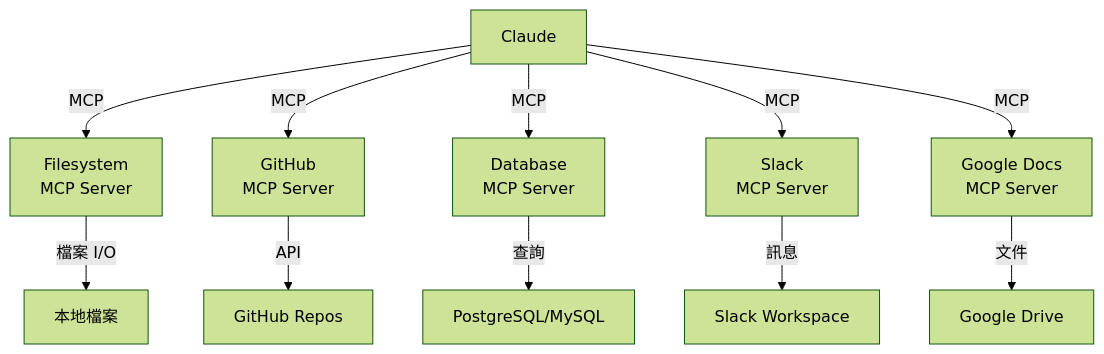
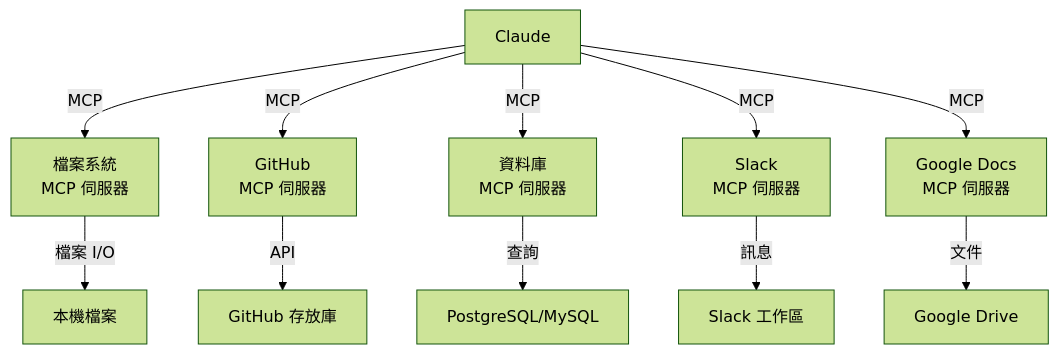
Before and after one commit to huckly/claude-howto-zh-tw: diagram 12 of 22 in claude_concepts_guide.md, drawn with Mermaid (forest theme). The commit also changed other lines of this file and 6 other files, not shown here.

````diff
--- a/claude_concepts_guide.md
+++ b/claude_concepts_guide.md
@@ -971,14 +960,14 @@
 ```mermaid
 graph TB
-    A["Claude"] -->|MCP| B["Filesystem<br/>MCP Server"]
-    A -->|MCP| C["GitHub<br/>MCP Server"]
-    A -->|MCP| D["Database<br/>MCP Server"]
-    A -->|MCP| E["Slack<br/>MCP Server"]
-    A -->|MCP| F["Google Docs<br/>MCP Server"]
+    A["Claude"] -->|MCP| B["檔案系統<br/>MCP 伺服器"]
+    A -->|MCP| C["GitHub<br/>MCP 伺服器"]
+    A -->|MCP| D["資料庫<br/>MCP 伺服器"]
+    A -->|MCP| E["Slack<br/>MCP 伺服器"]
+    A -->|MCP| F["Google Docs<br/>MCP 伺服器"]
 
-    B -->|檔案 I/O| G["本地檔案"]
-    C -->|API| H["GitHub Repos"]
+    B -->|檔案 I/O| G["本機檔案"]
+    C -->|API| H["GitHub 存放庫"]
     D -->|查詢| I["PostgreSQL/MySQL"]
-    E -->|訊息| J["Slack Workspace"]
+    E -->|訊息| J["Slack 工作區"]
     F -->|文件| K["Google Drive"]
 ```
````
